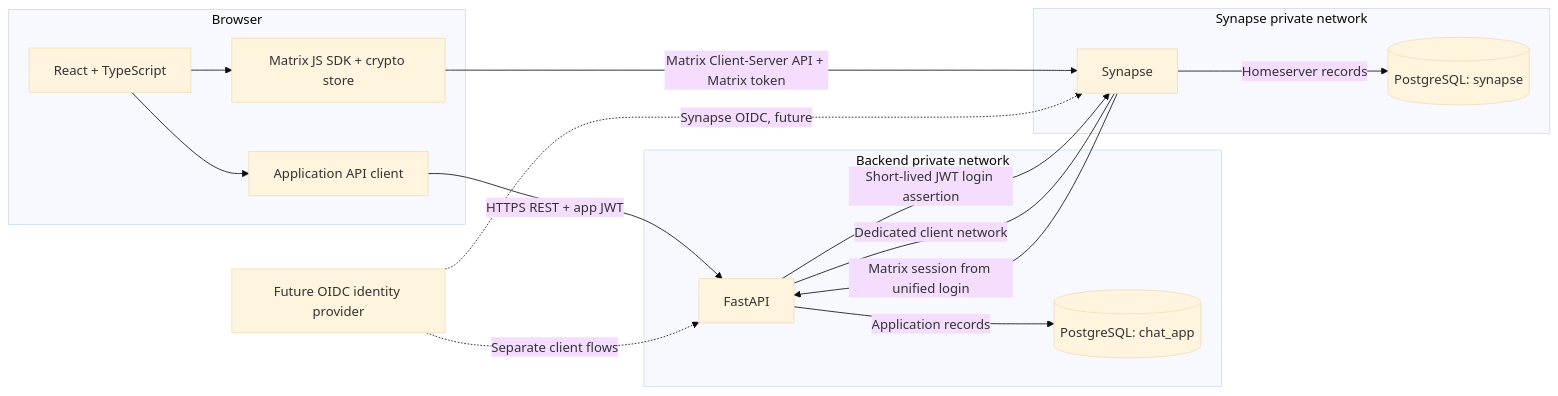
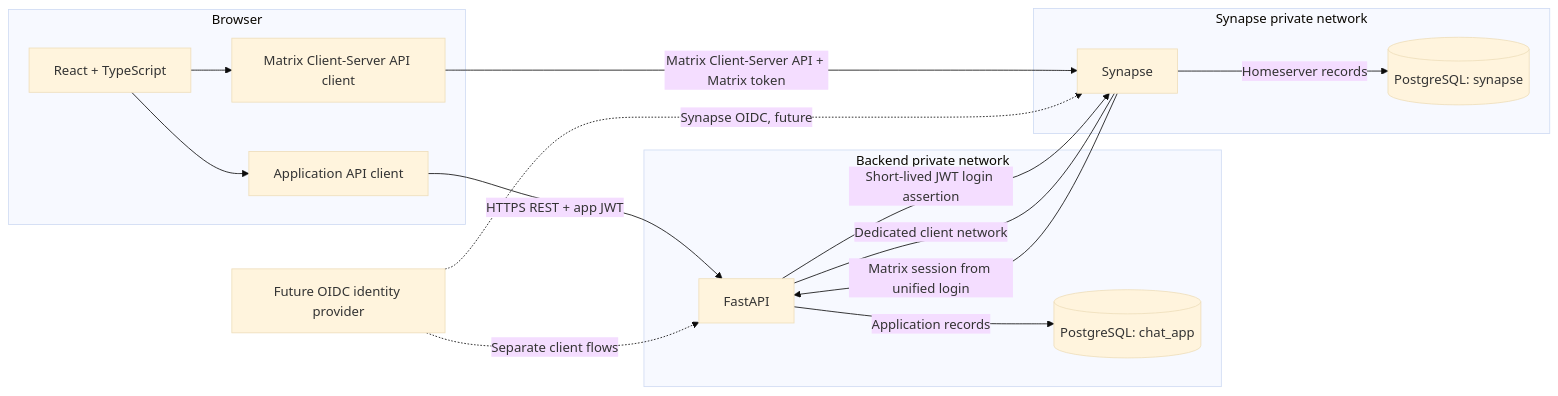
One commit to jmass-ggg/WhatSapp-Architecture changed the diagram in docs/architecture.md. Above: the diagram before and after it, drawn with Mermaid (base theme). The commit also changed other lines of this file and 47 other files, not shown here.

````diff
--- a/docs/architecture.md
+++ b/docs/architecture.md
@@ -12,29 +12,29 @@
 ```mermaid
 flowchart LR
     subgraph Browser["Browser"]
         UI["React + TypeScript"]
         APIClient["Application API client"]
-        MatrixSDK["Matrix JS SDK + crypto store"]
+        MatrixAPI["Matrix Client-Server API client"]
         UI --> APIClient
-        UI --> MatrixSDK
+        UI --> MatrixAPI
     end
 
     APIClient -->|"HTTPS REST + app JWT"| FastAPI["FastAPI"]
-    MatrixSDK -->|"Matrix Client-Server API + Matrix token"| Synapse["Synapse"]
+    MatrixAPI -->|"Matrix Client-Server API + Matrix token"| Synapse["Synapse"]
     FastAPI -->|"Application records"| AppDB[("PostgreSQL: chat_app")]
     Synapse -->|"Homeserver records"| SynapseDB[("PostgreSQL: synapse")]
     FastAPI -->|"Short-lived JWT login assertion"| Synapse
     Synapse -->|"Matrix session from unified login"| FastAPI
     IdP["Future OIDC identity provider"] -.->|"Separate client flows"| FastAPI
     IdP -.->|"Synapse OIDC, future"| Synapse
 
     subgraph AppNetwork["Backend private network"]
         AppDB
         FastAPI
     end
     subgraph SynapseNetwork["Synapse private network"]
         SynapseDB
         Synapse
     end
     FastAPI ---|"Dedicated client network"| Synapse
 ```
````
